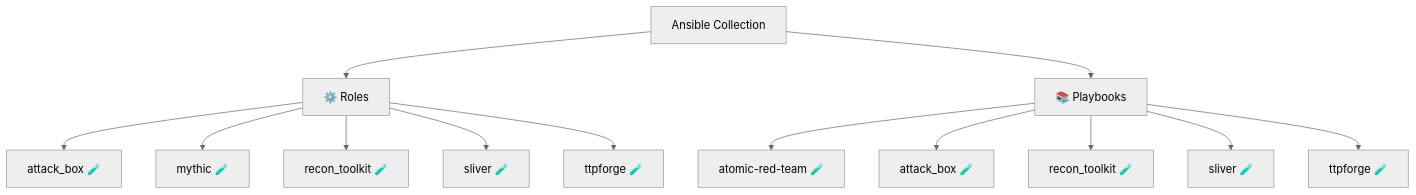
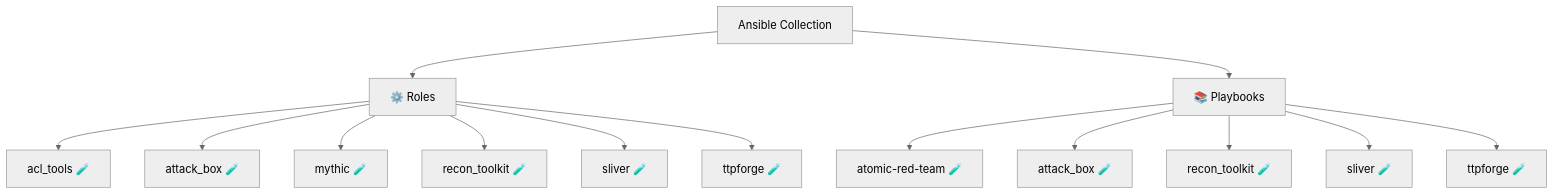
One commit to l50/ansible-collection-arsenal changed the diagram in README.md. Above: the diagram before and after it, drawn with Mermaid (neutral theme). The commit also changed other lines of this file and 13 other files, not shown here.

First line of the commit message:
feat: add acl_tools role for active directory acl exploitation (#735)

````diff
--- a/README.md
+++ b/README.md
@@ -13,16 +13,17 @@
 ```mermaid
 graph TD
     Collection[Ansible Collection]
     Collection --> Roles[⚙️ Roles]
-    Roles --> R0[attack_box 🧪]
-    Roles --> R1[mythic 🧪]
-    Roles --> R2[recon_toolkit 🧪]
-    Roles --> R3[sliver 🧪]
-    Roles --> R4[ttpforge 🧪]
+    Roles --> R0[acl_tools 🧪]
+    Roles --> R1[attack_box 🧪]
+    Roles --> R2[mythic 🧪]
+    Roles --> R3[recon_toolkit 🧪]
+    Roles --> R4[sliver 🧪]
+    Roles --> R5[ttpforge 🧪]
     Collection --> Playbooks[📚 Playbooks]
     Playbooks --> PB0[atomic-red-team 🧪]
     Playbooks --> PB1[attack_box 🧪]
     Playbooks --> PB2[recon_toolkit 🧪]
     Playbooks --> PB3[sliver 🧪]
     Playbooks --> PB4[ttpforge 🧪]
 ```
````
